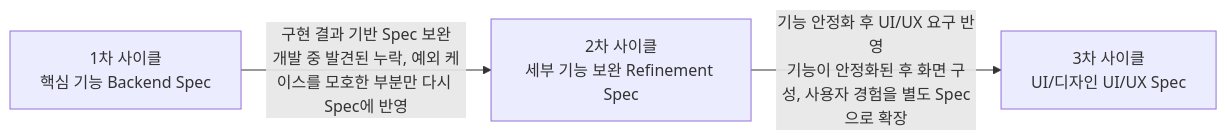
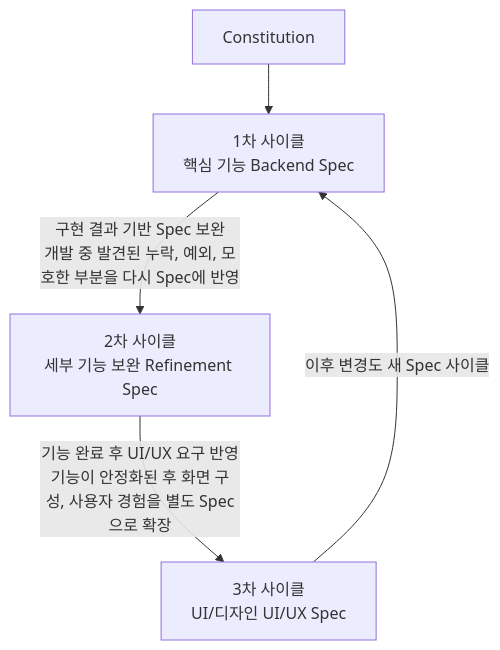
One commit to 00700lsm/sdd-test changed the second of 3 diagrams in docs/sdd-development-cycle.md. Above: the diagram before and after it, drawn with Mermaid. The commit also changed other lines of this file and 1 other file, not shown here.

````diff
--- a/docs/sdd-development-cycle.md
+++ b/docs/sdd-development-cycle.md
@@ -5,8 +14,11 @@
 ```mermaid
-flowchart LR
+flowchart TD
+  Constitution[Constitution]
   C1["1차 사이클<br/>핵심 기능 Backend Spec"]
   C2["2차 사이클<br/>세부 기능 보완 Refinement Spec"]
   C3["3차 사이클<br/>UI/디자인 UI/UX Spec"]
-  C1 -->|"구현 결과 기반 Spec 보완<br/>개발 중 발견된 누락, 예외 케이스를 모호한 부분만 다시 Spec에 반영"| C2
-  C2 -->|"기능 안정화 후 UI/UX 요구 반영<br/>기능이 안정화된 후 화면 구성, 사용자 경험을 별도 Spec으로 확장"| C3
+  Constitution --> C1
+  C1 -->|"구현 결과 기반 Spec 보완<br/>개발 중 발견된 누락, 예외, 모호한 부분을 다시 Spec에 반영"| C2
+  C2 -->|"기능 완료 후 UI/UX 요구 반영<br/>기능이 안정화된 후 화면 구성, 사용자 경험을 별도 Spec으로 확장"| C3
+  C3 -->|이후 변경도 새 Spec 사이클| C1
 ```
````
